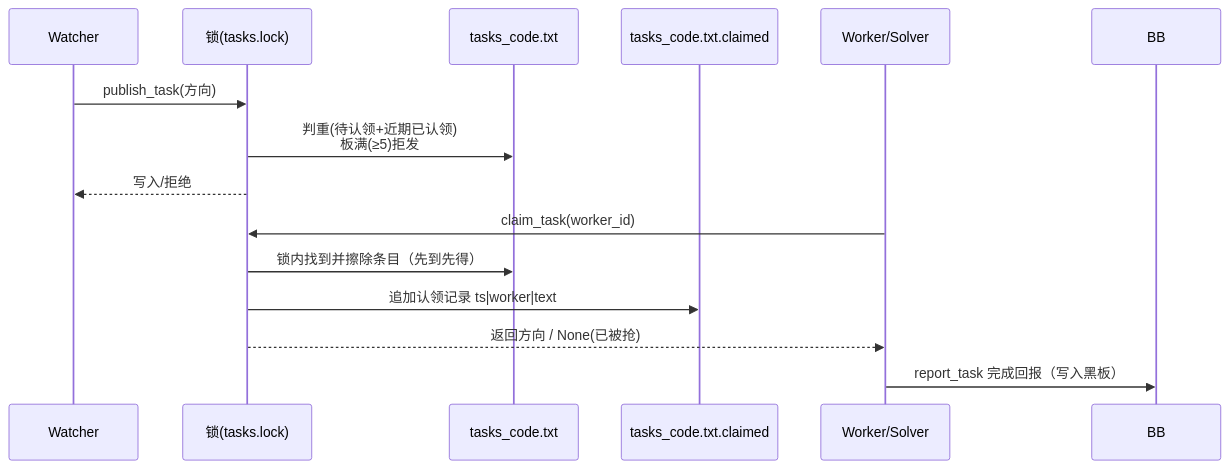
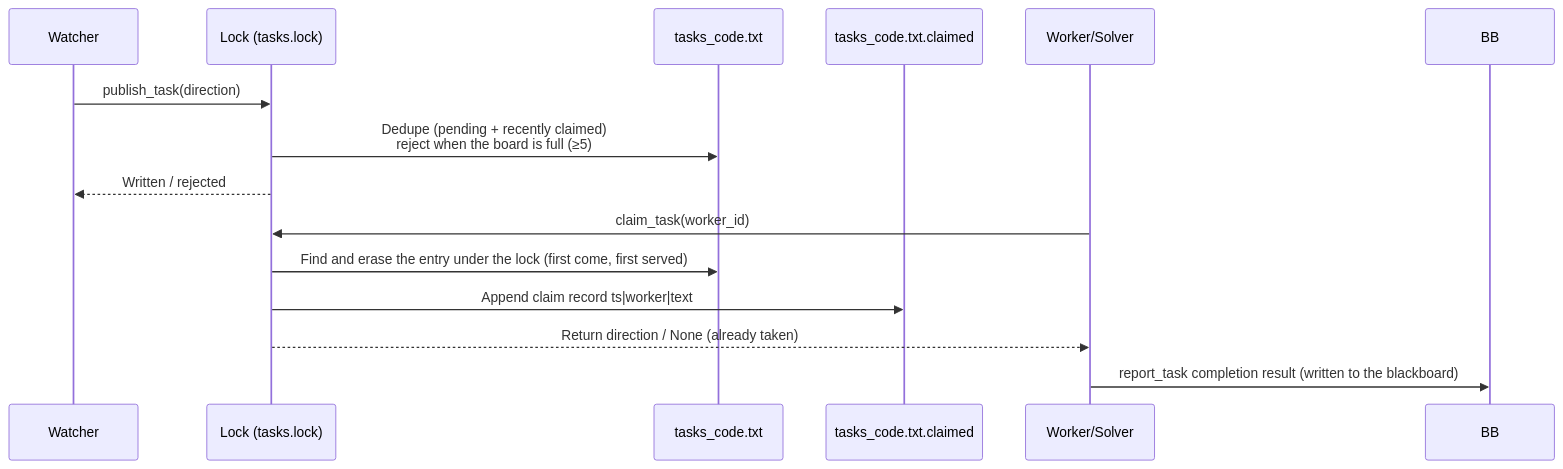
One commit to JiminLee-way/Cruiser-Agent changed the sixth of 8 diagrams in doc/TECHNICAL_DESIGN.md. Above: the diagram before and after it, drawn with Mermaid. The commit also changed other lines of this file and 35 other files, not shown here.

````diff
--- a/doc/TECHNICAL_DESIGN.md
+++ b/doc/TECHNICAL_DESIGN.md
@@ -437,17 +437,17 @@
 ```mermaid
 sequenceDiagram
     participant WA as Watcher
-    participant L as 锁(tasks.lock)
+    participant L as Lock (tasks.lock)
     participant TB as tasks_code.txt
     participant CL as tasks_code.txt.claimed
     participant W as Worker/Solver
 
-    WA->>L: publish_task(方向)
-    L->>TB: 判重(待认领+近期已认领)<br/>板满(≥5)拒发
-    L-->>WA: 写入/拒绝
+    WA->>L: publish_task(direction)
+    L->>TB: Dedupe (pending + recently claimed)<br/>reject when the board is full (≥5)
+    L-->>WA: Written / rejected
     W->>L: claim_task(worker_id)
-    L->>TB: 锁内找到并擦除条目（先到先得）
-    L->>CL: 追加认领记录 ts|worker|text
-    L-->>W: 返回方向 / None(已被抢)
-    W->>BB: report_task 完成回报（写入黑板）
+    L->>TB: Find and erase the entry under the lock (first come, first served)
+    L->>CL: Append claim record ts|worker|text
+    L-->>W: Return direction / None (already taken)
+    W->>BB: report_task completion result (written to the blackboard)
 ```
````
